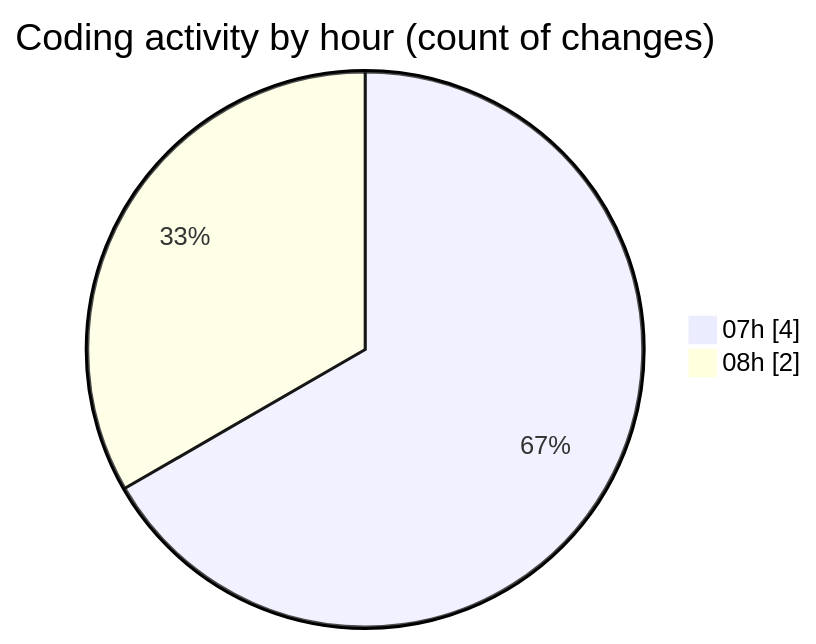
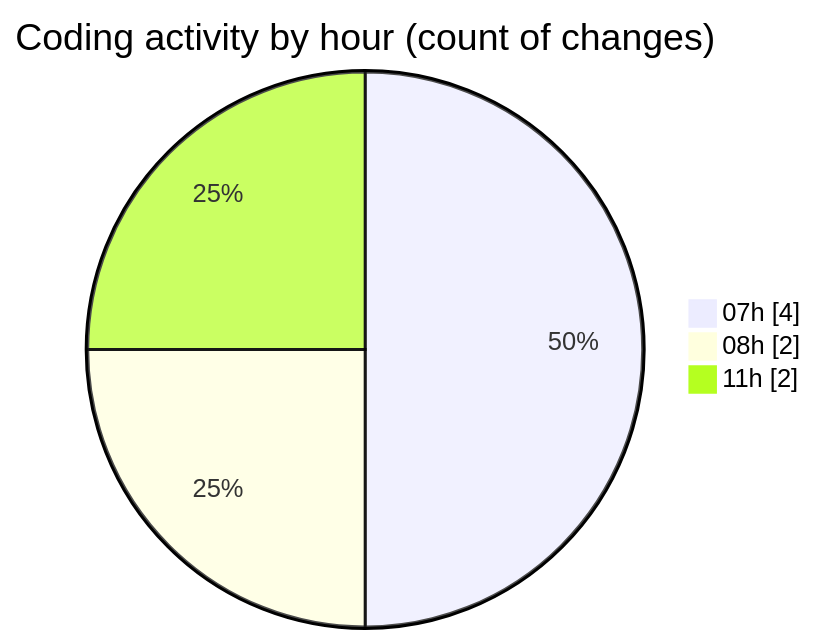
One commit to LanceThiago/code-tracking changed the second of 2 diagrams in 2026-09-10/web/README.md. Above: the diagram before and after it, drawn with Mermaid. The commit also changed other lines of this file and 1 other file, not shown here.

````diff
--- a/2026-09-10/web/README.md
+++ b/2026-09-10/web/README.md
@@ -28,6 +29,7 @@
 ```mermaid
 pie showData
 title Coding activity by hour (count of changes)
 "07h" : 4
 "08h" : 2
+"11h" : 2
 ```
````
